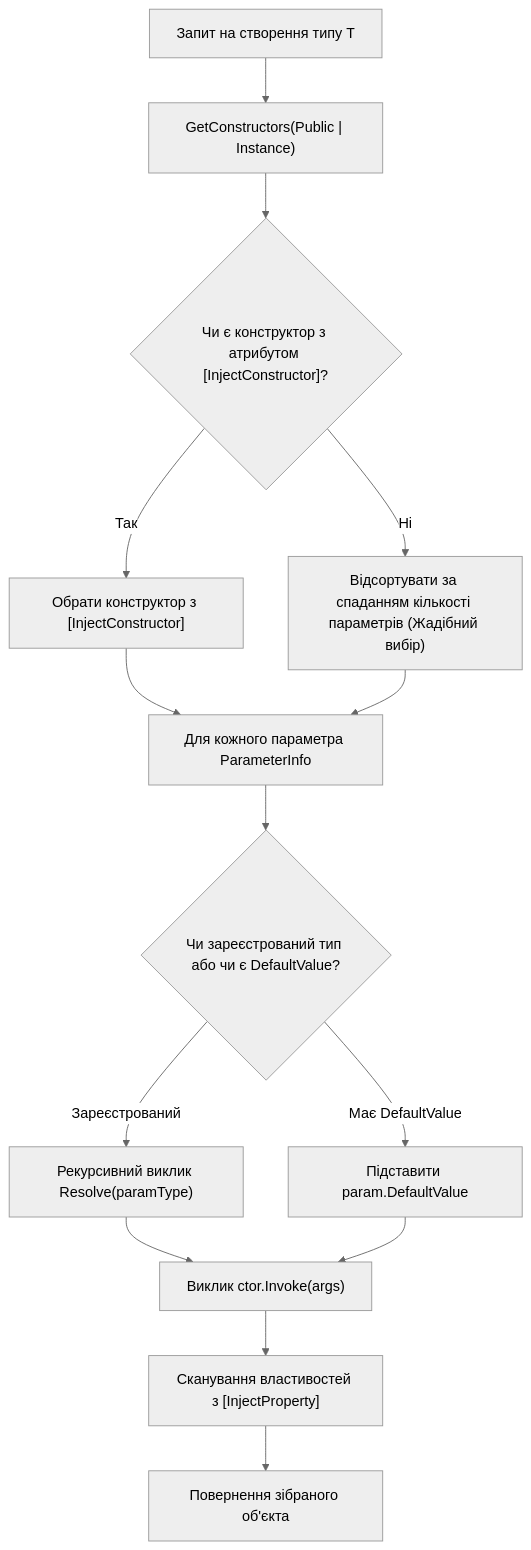
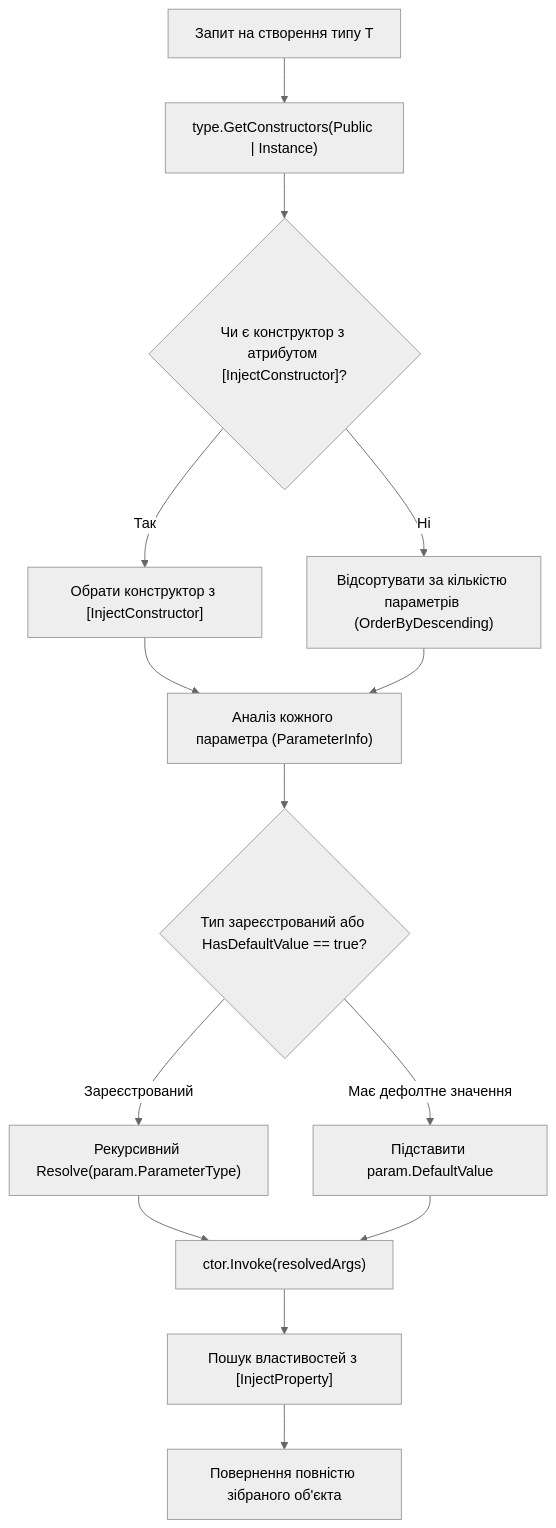
The second of 2 diagrams in 06-Advanced-DotNet/02-Reflection-And-Metadata/Docs/06_IoC_Container_Deep_Dive.md (MrTomkaYurii/CSharp-OOP-Mastery), drawn with Mermaid (neutral theme) before and after one commit. The commit also changed other lines of this file and 7 other files, not shown here.

````diff
--- a/06-Advanced-DotNet/02-Reflection-And-Metadata/Docs/06_IoC_Container_Deep_Dive.md
+++ b/06-Advanced-DotNet/02-Reflection-And-Metadata/Docs/06_IoC_Container_Deep_Dive.md
@@ -77,16 +82,16 @@
 ```mermaid
 flowchart TD
-    Start["Запит на створення типу T"] --> GetCtors["GetConstructors(Public | Instance)"]
+    Start["Запит на створення типу T"] --> GetCtors["type.GetConstructors(Public | Instance)"]
     GetCtors --> HasAttr{"Чи є конструктор з атрибутом [InjectConstructor]?"}
     HasAttr -- Так --> PickAttr["Обрати конструктор з [InjectConstructor]"]
-    HasAttr -- Ні --> SortGreedy["Відсортувати за спаданням кількості параметрів (Жадібний вибір)"]
-    PickAttr --> ResolveParams["Для кожного параметра ParameterInfo"]
+    HasAttr -- Ні --> SortGreedy["Відсортувати за кількістю параметрів (OrderByDescending)"]
+    PickAttr --> ResolveParams["Аналіз кожного параметра (ParameterInfo)"]
     SortGreedy --> ResolveParams
-    ResolveParams --> CheckDefault{"Чи зареєстрований тип або чи є DefaultValue?"}
-    CheckDefault -- Зареєстрований --> Recurse["Рекурсивний виклик Resolve(paramType)"]
-    CheckDefault -- Має DefaultValue --> UseDef["Підставити param.DefaultValue"]
-    Recurse --> InvokeCtor["Виклик ctor.Invoke(args)"]
+    ResolveParams --> CheckReg{"Тип зареєстрований або HasDefaultValue == true?"}
+    CheckReg -- Зареєстрований --> Recurse["Рекурсивний Resolve(param.ParameterType)"]
+    CheckReg -- Має дефолтне значення --> UseDef["Підставити param.DefaultValue"]
+    Recurse --> InvokeCtor["ctor.Invoke(resolvedArgs)"]
     UseDef --> InvokeCtor
-    InvokeCtor --> CheckPropInj["Сканування властивостей з [InjectProperty]"]
-    CheckPropInj --> Finish["Повернення зібраного об'єкта"]
+    InvokeCtor --> CheckProp["Пошук властивостей з [InjectProperty]"]
+    CheckProp --> Finish["Повернення повністю зібраного об'єкта"]
 ```
````
